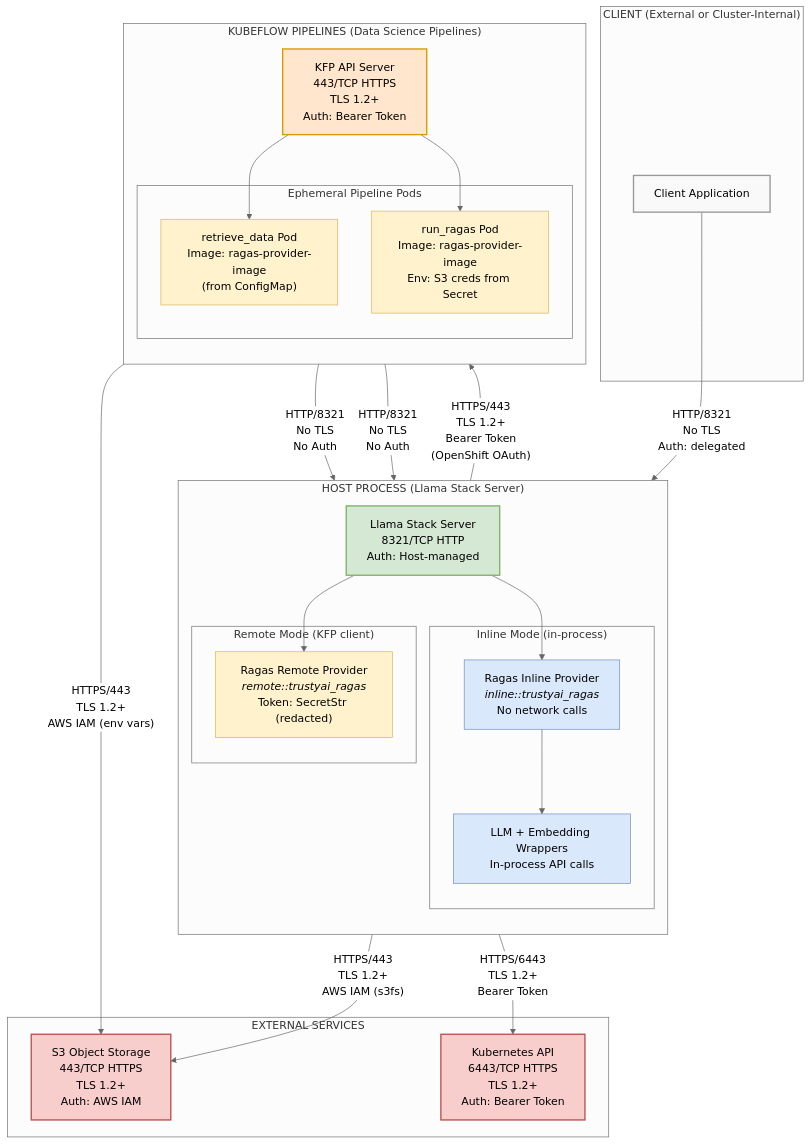
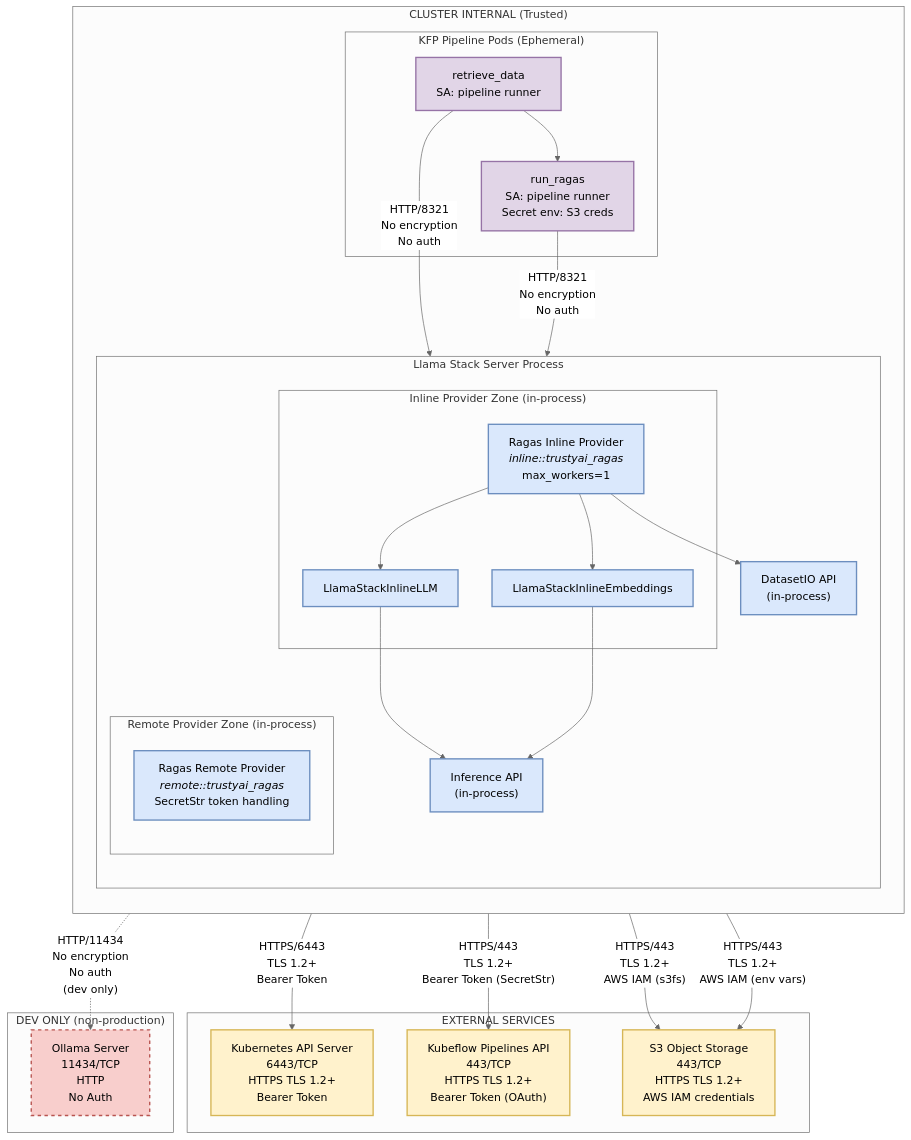
The diagram in architecture/rhoai.next/diagrams/llama-stack-provider-ragas-security-network.mmd (rhuss/architecture-context), drawn with Mermaid (neutral theme) before and after one commit. The commit also changed 935 other files, not shown here.

First line of the commit message:
regenerate architecture for rhoai.next

```diff
--- a/architecture/rhoai.next/diagrams/llama-stack-provider-ragas-security-network.mmd
+++ b/architecture/rhoai.next/diagrams/llama-stack-provider-ragas-security-network.mmd
@@ -1,70 +1,69 @@
 graph TB
-    subgraph External["CLIENT (External or Cluster-Internal)"]
-        Client["Client Application"]
-    end
+    subgraph ClusterInternal["CLUSTER INTERNAL (Trusted)"]
+        direction TB
 
-    subgraph HostProcess["HOST PROCESS (Llama Stack Server)"]
-        direction TB
-        LLS["Llama Stack Server<br/>8321/TCP HTTP<br/>Auth: Host-managed"]
+        subgraph LLSProcess["Llama Stack Server Process"]
+            direction TB
 
-        subgraph InlineZone["Inline Mode (in-process)"]
-            InlineProvider["Ragas Inline Provider<br/><i>inline::trustyai_ragas</i><br/>No network calls"]
-            InlineWrappers["LLM + Embedding Wrappers<br/>In-process API calls"]
-            InlineProvider --> InlineWrappers
+            subgraph InlineZone["Inline Provider Zone (in-process)"]
+                InlineProvider["Ragas Inline Provider<br/><i>inline::trustyai_ragas</i><br/>max_workers=1"]
+                LLMWrapper["LlamaStackInlineLLM"]
+                EmbWrapper["LlamaStackInlineEmbeddings"]
+                InlineProvider --> LLMWrapper
+                InlineProvider --> EmbWrapper
+            end
+
+            subgraph RemoteZone["Remote Provider Zone (in-process)"]
+                RemoteProvider["Ragas Remote Provider<br/><i>remote::trustyai_ragas</i><br/>SecretStr token handling"]
+            end
+
+            InferenceAPI["Inference API<br/>(in-process)"]
+            DatasetIO["DatasetIO API<br/>(in-process)"]
+
+            LLMWrapper --> InferenceAPI
+            EmbWrapper --> InferenceAPI
+            InlineProvider --> DatasetIO
         end
 
-        subgraph RemoteZone["Remote Mode (KFP client)"]
-            RemoteProvider["Ragas Remote Provider<br/><i>remote::trustyai_ragas</i><br/>Token: SecretStr (redacted)"]
+        subgraph KFPPods["KFP Pipeline Pods (Ephemeral)"]
+            Pod1["retrieve_data<br/>SA: pipeline runner"]
+            Pod2["run_ragas<br/>SA: pipeline runner<br/>Secret env: S3 creds"]
+            Pod1 --> Pod2
         end
-
-        LLS --> InlineProvider
-        LLS --> RemoteProvider
-    end
-
-    subgraph KFPZone["KUBEFLOW PIPELINES (Data Science Pipelines)"]
-        direction TB
-        KFPAPI["KFP API Server<br/>443/TCP HTTPS<br/>TLS 1.2+<br/>Auth: Bearer Token"]
-
-        subgraph Pods["Ephemeral Pipeline Pods"]
-            Pod1["retrieve_data Pod<br/>Image: ragas-provider-image<br/>(from ConfigMap)"]
-            Pod2["run_ragas Pod<br/>Image: ragas-provider-image<br/>Env: S3 creds from Secret"]
-        end
-
-        KFPAPI --> Pod1
-        KFPAPI --> Pod2
     end
 
     subgraph ExternalServices["EXTERNAL SERVICES"]
-        S3["S3 Object Storage<br/>443/TCP HTTPS<br/>TLS 1.2+<br/>Auth: AWS IAM"]
-        K8sAPI["Kubernetes API<br/>6443/TCP HTTPS<br/>TLS 1.2+<br/>Auth: Bearer Token"]
+        K8sAPI["Kubernetes API Server<br/>6443/TCP<br/>HTTPS TLS 1.2+<br/>Bearer Token"]
+        KFPAPI["Kubeflow Pipelines API<br/>443/TCP<br/>HTTPS TLS 1.2+<br/>Bearer Token (OAuth)"]
+        S3["S3 Object Storage<br/>443/TCP<br/>HTTPS TLS 1.2+<br/>AWS IAM credentials"]
     end
 
-    %% Client to Llama Stack
-    Client -->|"HTTP/8321<br/>No TLS<br/>Auth: delegated"| LLS
+    subgraph DevOnly["DEV ONLY (non-production)"]
+        Ollama["Ollama Server<br/>11434/TCP<br/>HTTP<br/>No Auth"]
+    end
 
-    %% Remote Provider outbound
-    RemoteProvider -->|"HTTPS/443<br/>TLS 1.2+<br/>Bearer Token<br/>(OpenShift OAuth)"| KFPAPI
+    %% Remote Provider egress
+    RemoteProvider -->|"HTTPS/443<br/>TLS 1.2+<br/>Bearer Token (SecretStr)"| KFPAPI
+    RemoteProvider -->|"HTTPS/6443<br/>TLS 1.2+<br/>Bearer Token"| K8sAPI
     RemoteProvider -->|"HTTPS/443<br/>TLS 1.2+<br/>AWS IAM (s3fs)"| S3
-    RemoteProvider -->|"HTTPS/6443<br/>TLS 1.2+<br/>Bearer Token"| K8sAPI
 
-    %% KFP Pods outbound
-    Pod1 -->|"HTTP/8321<br/>No TLS<br/>No Auth"| LLS
-    Pod2 -->|"HTTP/8321<br/>No TLS<br/>No Auth"| LLS
+    %% KFP Pod egress
+    Pod1 -->|"HTTP/8321<br/>No encryption<br/>No auth"| LLSProcess
+    Pod2 -->|"HTTP/8321<br/>No encryption<br/>No auth"| LLSProcess
     Pod2 -->|"HTTPS/443<br/>TLS 1.2+<br/>AWS IAM (env vars)"| S3
 
+    %% Dev only
+    LLSProcess -.->|"HTTP/11434<br/>No encryption<br/>No auth<br/>(dev only)"| Ollama
+
     %% Styling
-    classDef client fill:#f9f9f9,stroke:#999,stroke-width:2px
-    classDef host fill:#d5e8d4,stroke:#82b366,stroke-width:2px
-    classDef inline fill:#dae8fc,stroke:#6c8ebf,stroke-width:1px
-    classDef remote fill:#fff2cc,stroke:#d6b656,stroke-width:1px
-    classDef kfp fill:#ffe6cc,stroke:#d79b00,stroke-width:2px
-    classDef pod fill:#fff2cc,stroke:#d6b656,stroke-width:1px
-    classDef extservice fill:#f8cecc,stroke:#b85450,stroke-width:2px
+    classDef trusted fill:#d5e8d4,stroke:#82b366,stroke-width:2px,color:#000
+    classDef inprocess fill:#dae8fc,stroke:#6c8ebf,stroke-width:2px,color:#000
+    classDef external fill:#fff2cc,stroke:#d6b656,stroke-width:2px,color:#000
+    classDef ephemeral fill:#e1d5e7,stroke:#9673a6,stroke-width:2px,color:#000
+    classDef devonly fill:#f8cecc,stroke:#b85450,stroke-width:2px,stroke-dasharray:5 5,color:#000
 
-    class Client client
-    class LLS host
-    class InlineProvider,InlineWrappers inline
-    class RemoteProvider remote
-    class KFPAPI kfp
-    class Pod1,Pod2 pod
-    class S3,K8sAPI extservice
+    class InlineProvider,RemoteProvider inprocess
+    class LLMWrapper,EmbWrapper,InferenceAPI,DatasetIO inprocess
+    class Pod1,Pod2 ephemeral
+    class K8sAPI,KFPAPI,S3 external
+    class Ollama devonly
```
